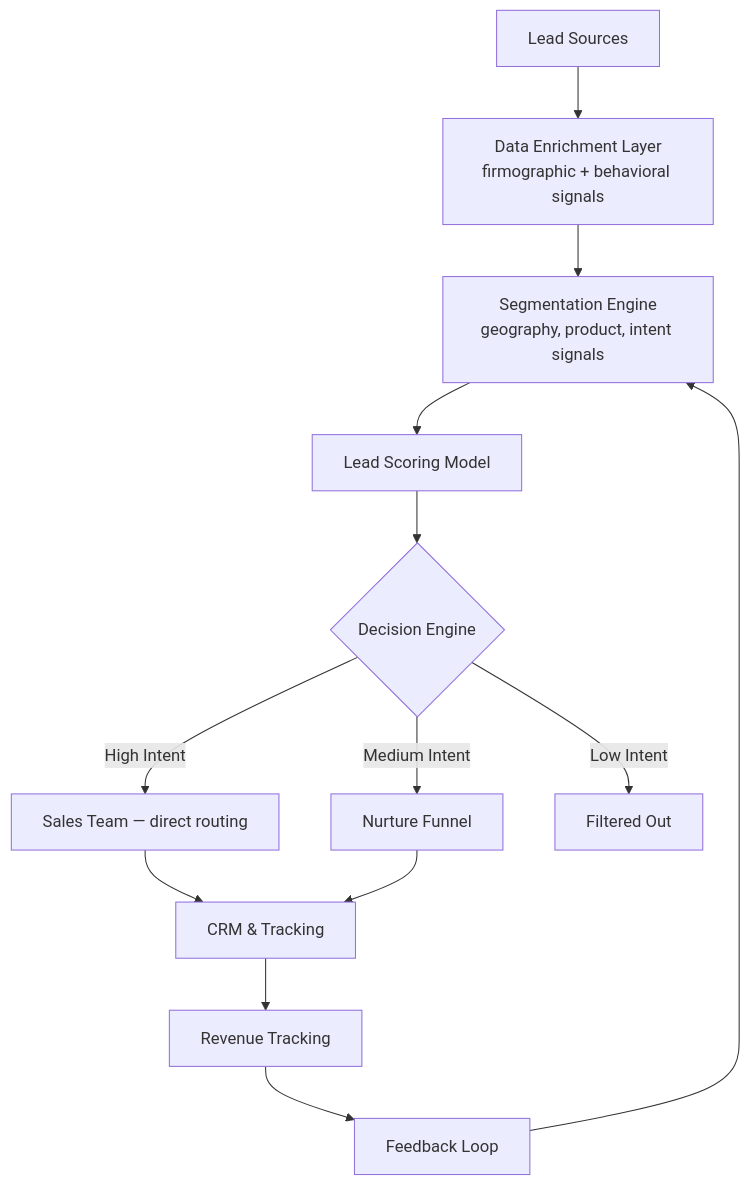
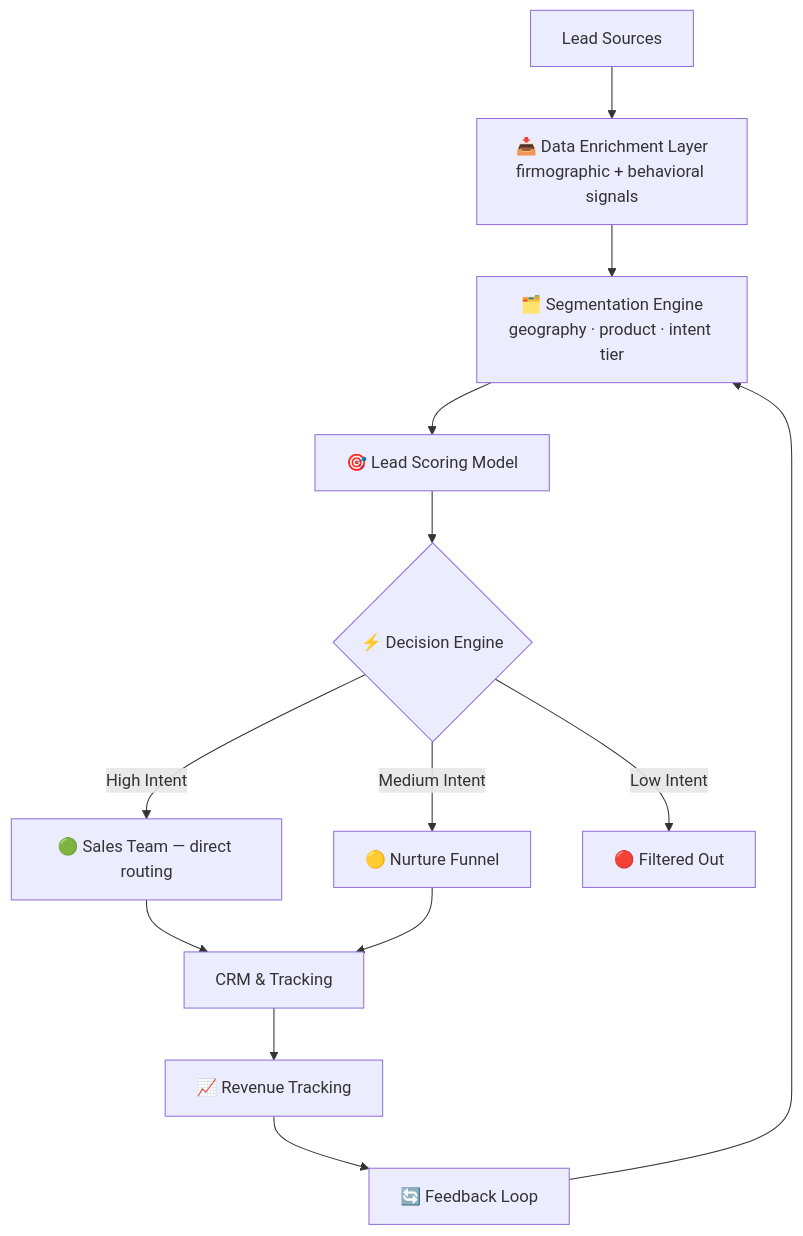
The diagram in README.md (vickybansal99-tech/sales-ai-automation), drawn with Mermaid before and after one commit. The commit also changed other lines of this file, not shown here.

Commit message:
💰 Update Sales AI README

````diff
--- a/README.md
+++ b/README.md
@@ -33,15 +55,15 @@
 ```mermaid
 flowchart TD
-    A[Lead Sources] --> B[Data Enrichment Layer<br/>firmographic + behavioral signals]
-    B --> C[Segmentation Engine<br/>geography, product, intent signals]
-    C --> D[Lead Scoring Model]
-    D --> E{Decision Engine}
-    E -->|High Intent| F[Sales Team — direct routing]
-    E -->|Medium Intent| G[Nurture Funnel]
-    E -->|Low Intent| H[Filtered Out]
+    A[Lead Sources] --> B[📥 Data Enrichment Layer<br/>firmographic + behavioral signals]
+    B --> C[🗂️ Segmentation Engine<br/>geography · product · intent tier]
+    C --> D[🎯 Lead Scoring Model]
+    D --> E{⚡ Decision Engine}
+    E -->|High Intent| F[🟢 Sales Team — direct routing]
+    E -->|Medium Intent| G[🟡 Nurture Funnel]
+    E -->|Low Intent| H[🔴 Filtered Out]
     F --> I[CRM & Tracking]
     G --> I
-    I --> J[Revenue Tracking]
-    J --> K[Feedback Loop]
+    I --> J[📈 Revenue Tracking]
+    J --> K[🔄 Feedback Loop]
     K --> C
 ```
````
